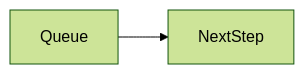
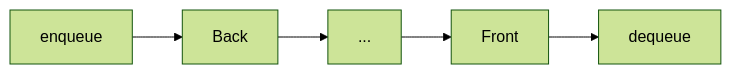
The second of 2 diagrams in docs/en/01-computer-science/data-structures/queue/index.md (OmidJavaherii/Frontend-Engineering-Handbook), drawn with Mermaid (forest theme) before and after one commit. The commit also changed other lines of this file and 461 other files, not shown here.

````diff
--- a/docs/en/01-computer-science/data-structures/queue/index.md
+++ b/docs/en/01-computer-science/data-structures/queue/index.md
@@ -95,4 +149,7 @@
 ```mermaid
 flowchart LR
-  concept[Queue] --> nextStep[NextStep]
+  in[enqueue] --> back[Back]
+  back --> mid[...]
+  mid --> front[Front]
+  front --> out[dequeue]
 ```
````
